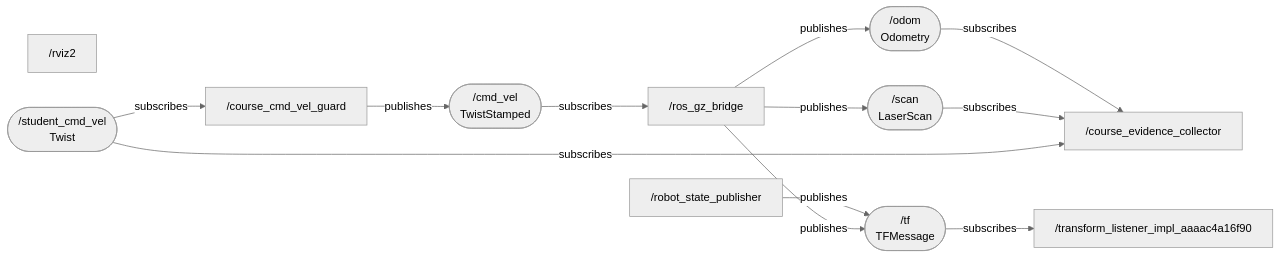
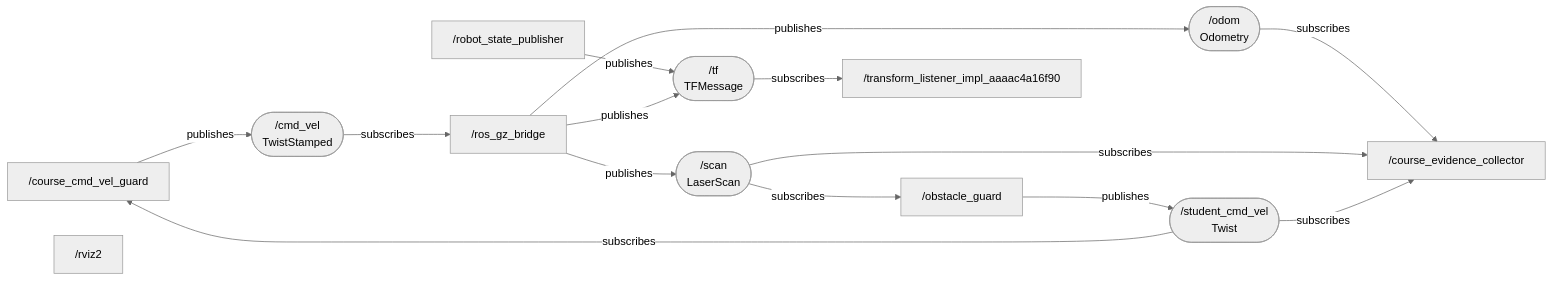
Before and after one commit to SheeaMcFarlane/robotics-fall2026: the diagram in week01_ros_foundations/student_submission/mission_1/ros_system_diagram.md, drawn with Mermaid (neutral theme). The commit also changed 5 other files, not shown here.

````diff
--- a/week01_ros_foundations/student_submission/mission_1/ros_system_diagram.md
+++ b/week01_ros_foundations/student_submission/mission_1/ros_system_diagram.md
@@ -3,25 +3,28 @@
 ```mermaid
 flowchart LR
   n0["/course_cmd_vel_guard"]
   n1["/course_evidence_collector"]
-  n2["/robot_state_publisher"]
-  n3["/ros_gz_bridge"]
-  n4["/rviz2"]
-  n5["/transform_listener_impl_aaaac4a16f90"]
+  n2["/obstacle_guard"]
+  n3["/robot_state_publisher"]
+  n4["/ros_gz_bridge"]
+  n5["/rviz2"]
+  n6["/transform_listener_impl_aaaac4a16f90"]
   t0(["/cmd_vel<br/>TwistStamped"])
   n0 -->|publishes| t0
-  t0 -->|subscribes| n3
+  t0 -->|subscribes| n4
   t1(["/odom<br/>Odometry"])
-  n3 -->|publishes| t1
+  n4 -->|publishes| t1
   t1 -->|subscribes| n1
   t2(["/scan<br/>LaserScan"])
-  n3 -->|publishes| t2
+  n4 -->|publishes| t2
   t2 -->|subscribes| n1
+  t2 -->|subscribes| n2
   t3(["/student_cmd_vel<br/>Twist"])
+  n2 -->|publishes| t3
   t3 -->|subscribes| n0
   t3 -->|subscribes| n1
   t4(["/tf<br/>TFMessage"])
-  n2 -->|publishes| t4
   n3 -->|publishes| t4
-  t4 -->|subscribes| n5
+  n4 -->|publishes| t4
+  t4 -->|subscribes| n6
 ```
````
